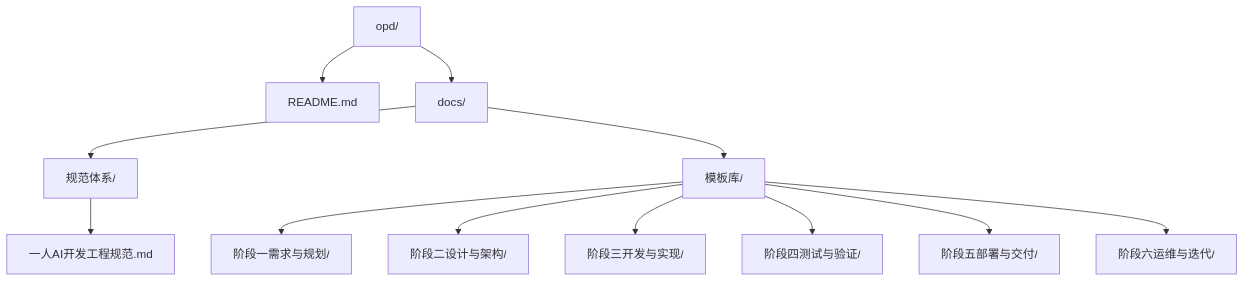
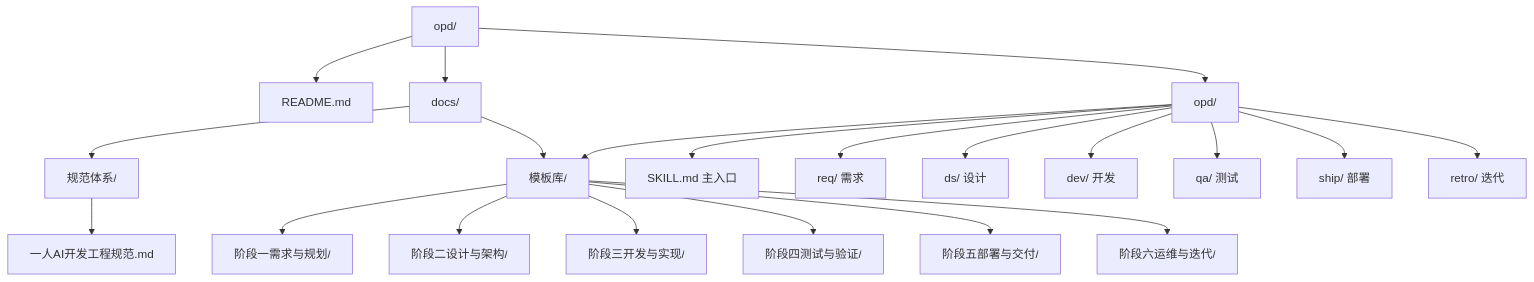
One commit to winyeahs/opd changed the second of 6 diagrams in README.md. Above: the diagram before and after it, drawn with Mermaid. The commit also changed other lines of this file and 42 other files, not shown here.

````diff
--- a/README.md
+++ b/README.md
@@ -40,28 +50,47 @@
 ```mermaid
 graph TB
     Root[opd/]
     README[README.md]
     Docs[docs/]
+    Skills[opd/]
     Specs[规范体系/]
     Templates[模板库/]
     
+    SkillMain[SKILL.md 主入口]
+    Skill1[req/ 需求]
+    Skill2[ds/ 设计]
+    Skill3[dev/ 开发]
+    Skill4[qa/ 测试]
+    Skill5[ship/ 部署]
+    Skill6[retro/ 迭代]
+    
     Spec1[一人AI开发工程规范.md]
+    
     Temp1[阶段一需求与规划/]
     Temp2[阶段二设计与架构/]
     Temp3[阶段三开发与实现/]
     Temp4[阶段四测试与验证/]
     Temp5[阶段五部署与交付/]
     Temp6[阶段六运维与迭代/]
     
     Root --> README
     Root --> Docs
+    Root --> Skills
     Docs --> Specs
     Docs --> Templates
+    Skills --> SkillMain
+    Skills --> Skill1
+    Skills --> Skill2
+    Skills --> Skill3
+    Skills --> Skill4
+    Skills --> Skill5
+    Skills --> Skill6
+    Skills --> Templates
     Specs --> Spec1
     Templates --> Temp1
     Templates --> Temp2
     Templates --> Temp3
     Templates --> Temp4
     Templates --> Temp5
     Templates --> Temp6
 ```
````
